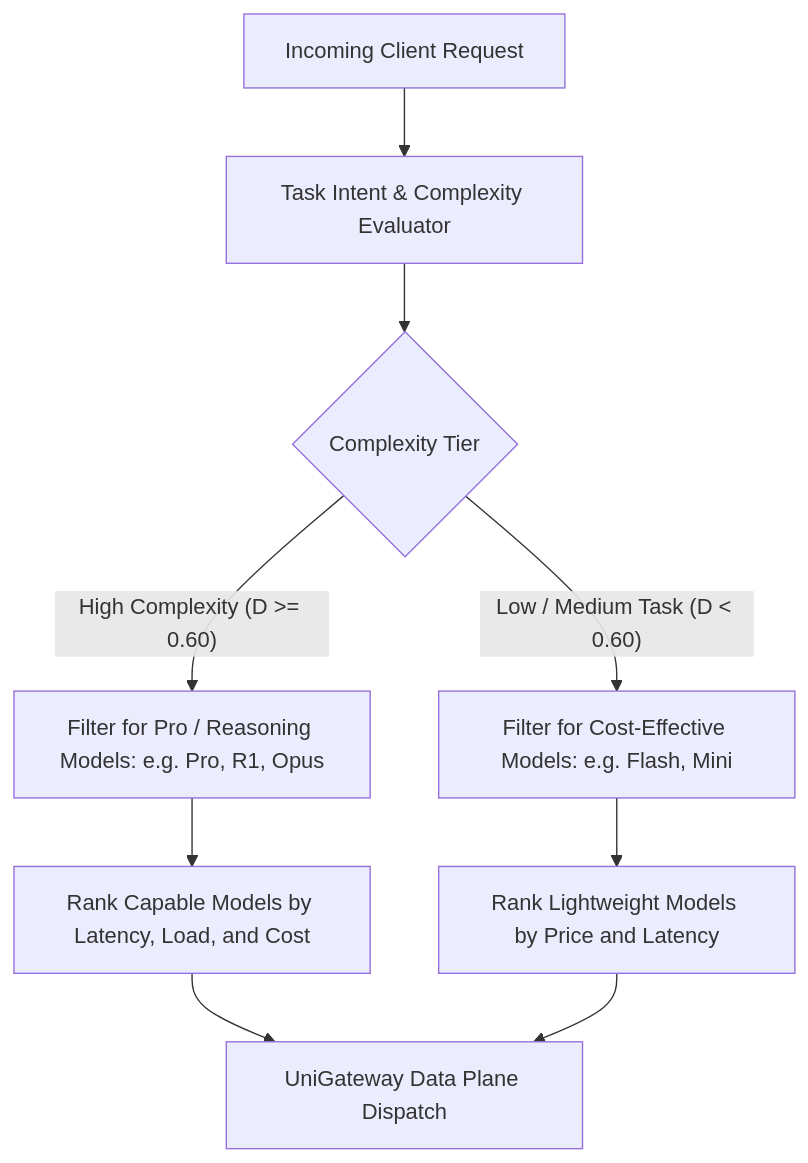
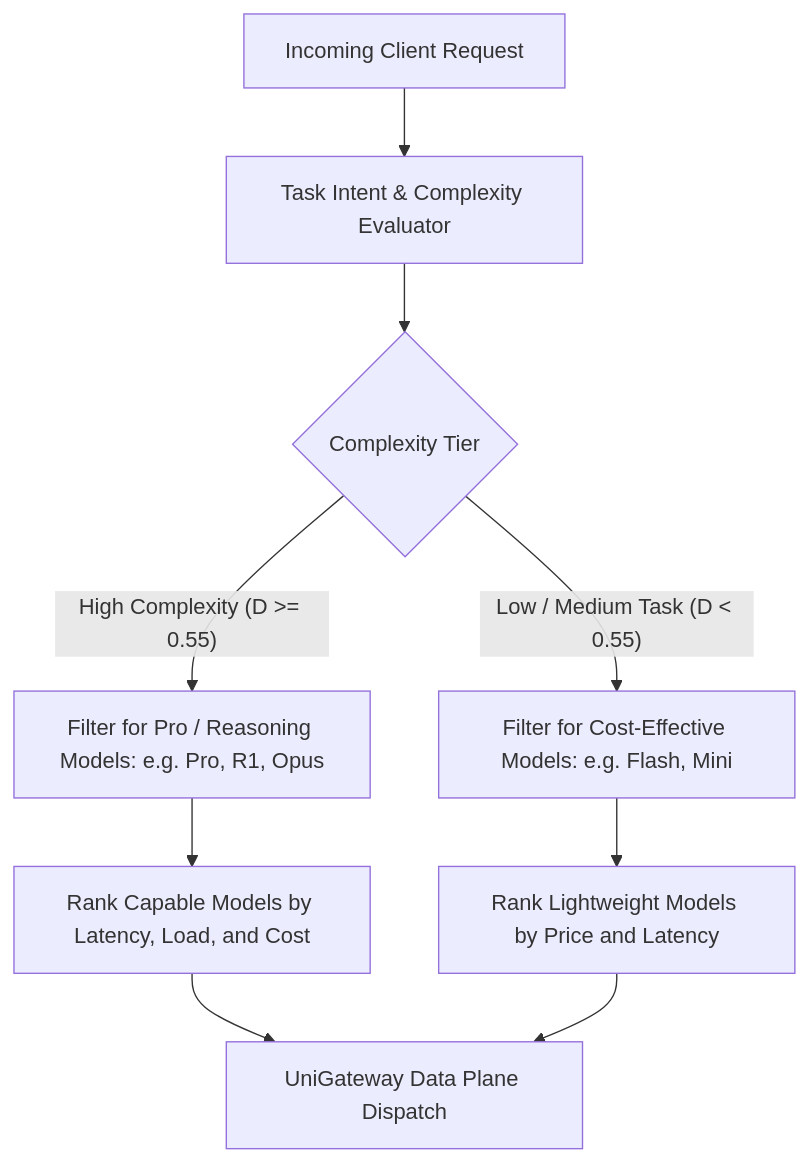
Before and after one commit to EeroEternal/SmartGate: the diagram in docs/design/intelligent_routing.md, drawn with Mermaid. The commit also changed other lines of this file and 12 other files, not shown here.

````diff
--- a/docs/design/intelligent_routing.md
+++ b/docs/design/intelligent_routing.md
@@ -11,14 +11,14 @@
 ```mermaid
 flowchart TD
     Req[Incoming Client Request] --> Diff[Task Intent & Complexity Evaluator]
     Diff --> Gating{Complexity Tier}
 
-    Gating -- High Complexity (D >= 0.60) --> HighPool[Filter for Pro / Reasoning Models: e.g. Pro, R1, Opus]
-    Gating -- Low / Medium Task (D < 0.60) --> LowPool[Filter for Cost-Effective Models: e.g. Flash, Mini]
+    Gating -- High Complexity (D >= 0.55) --> HighPool[Filter for Pro / Reasoning Models: e.g. Pro, R1, Opus]
+    Gating -- Low / Medium Task (D < 0.55) --> LowPool[Filter for Cost-Effective Models: e.g. Flash, Mini]
 
     HighPool --> ScoreHigh[Rank Capable Models by Latency, Load, and Cost]
     LowPool --> ScoreLow[Rank Lightweight Models by Price and Latency]
 
     ScoreHigh --> Exec[UniGateway Data Plane Dispatch]
     ScoreLow --> Exec
 ```
````
